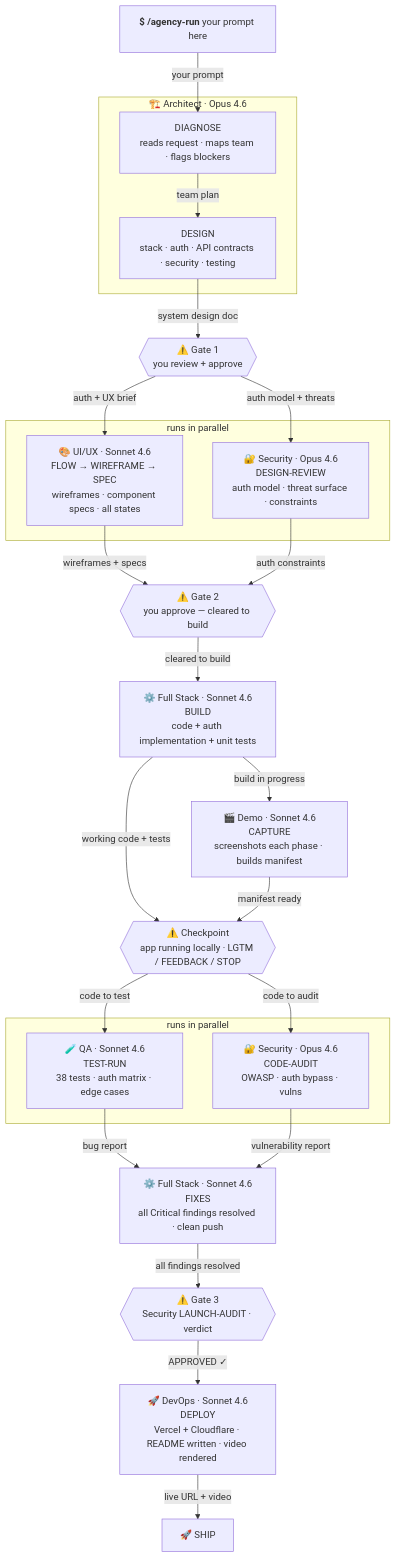
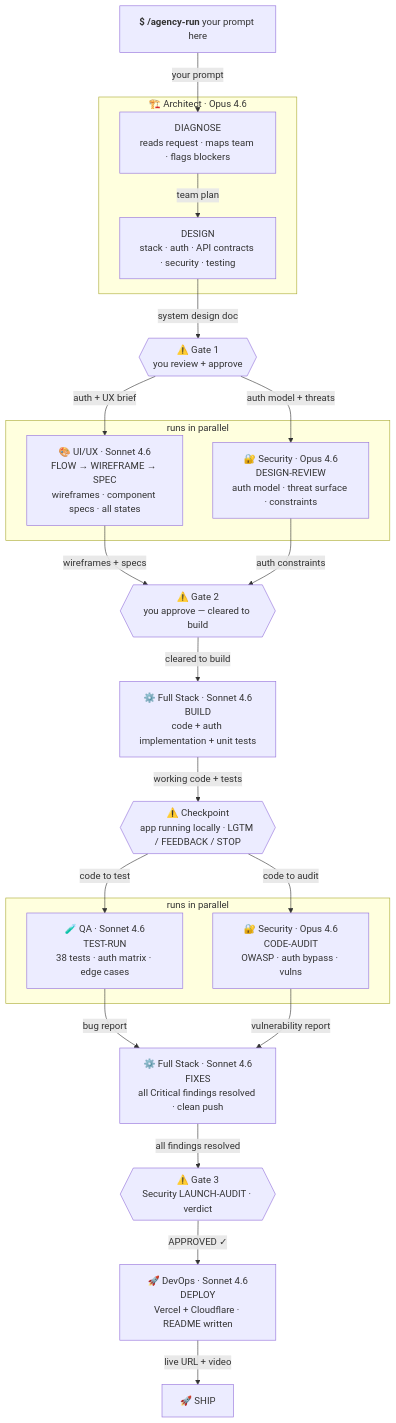
The diagram in README.md (RIPRODUCTIONS/agents), drawn with Mermaid before and after one commit. The commit also changed other lines of this file and 9 other files, not shown here.

````diff
--- a/README.md
+++ b/README.md
@@ -85,63 +85,59 @@
 ```mermaid
 flowchart TD
     CLI["`**$ /agency-run** your prompt here`"]
 
     CLI -->|your prompt| AD
 
     subgraph ARCH ["🏗️ Architect · Opus 4.6"]
         AD["DIAGNOSE\nreads request · maps team · flags blockers"]
         ADE["DESIGN\nstack · auth · API contracts · security · testing"]
         AD -->|team plan| ADE
     end
 
     ADE -->|system design doc| G1
 
     G1{{"⚠️ Gate 1\nyou review + approve"}}
 
     G1 -->|auth + UX brief| UX
     G1 -->|auth model + threats| SEC1
 
     subgraph PARALLEL1 ["runs in parallel"]
         UX["🎨 UI/UX · Sonnet 4.6\nFLOW → WIREFRAME → SPEC\nwireframes · component specs · all states"]
         SEC1["🔐 Security · Opus 4.6\nDESIGN-REVIEW\nauth model · threat surface · constraints"]
     end
 
     UX -->|wireframes + specs| G2
     SEC1 -->|auth constraints| G2
 
     G2{{"⚠️ Gate 2\nyou approve — cleared to build"}}
 
     G2 -->|cleared to build| FS1
 
     FS1["⚙️ Full Stack · Sonnet 4.6\nBUILD\ncode + auth implementation + unit tests"]
 
     FS1 -->|working code + tests| CP
-    FS1 -->|build in progress| DEMO
-    DEMO["🎬 Demo · Sonnet 4.6\nCAPTURE\nscreenshots each phase · builds manifest"]
-    DEMO -->|manifest ready| CP
-
     CP{{"⚠️ Checkpoint\napp running locally · LGTM / FEEDBACK / STOP"}}
 
     CP -->|code to test| QA
     CP -->|code to audit| SEC2
 
     subgraph PARALLEL2 ["runs in parallel"]
         QA["🧪 QA · Sonnet 4.6\nTEST-RUN\n38 tests · auth matrix · edge cases"]
         SEC2["🔐 Security · Opus 4.6\nCODE-AUDIT\nOWASP · auth bypass · vulns"]
     end
 
     QA -->|bug report| FS2
     SEC2 -->|vulnerability report| FS2
 
     FS2["⚙️ Full Stack · Sonnet 4.6\nFIXES\nall Critical findings resolved · clean push"]
 
     FS2 -->|all findings resolved| G3
 
     G3{{"⚠️ Gate 3\nSecurity LAUNCH-AUDIT · verdict"}}
 
     G3 -->|APPROVED ✓| DEVOPS
-    DEVOPS["🚀 DevOps · Sonnet 4.6\nDEPLOY\nVercel + Cloudflare · README written · video rendered"]
+    DEVOPS["🚀 DevOps · Sonnet 4.6\nDEPLOY\nVercel + Cloudflare · README written"]
     DEVOPS -->|live URL + video| SHIP
 
     SHIP["🚀 SHIP"]
 ```
````
